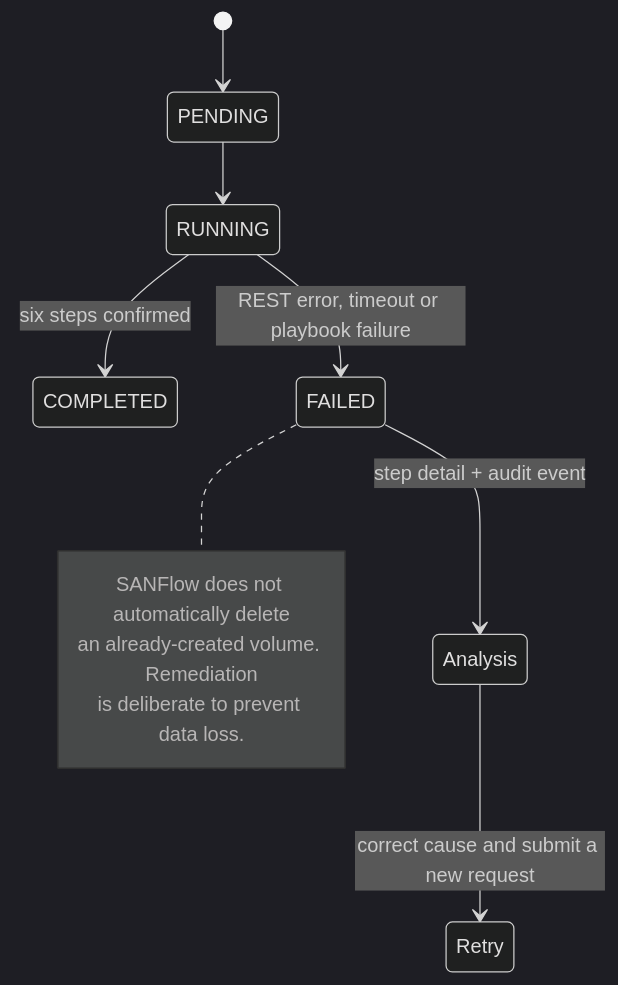
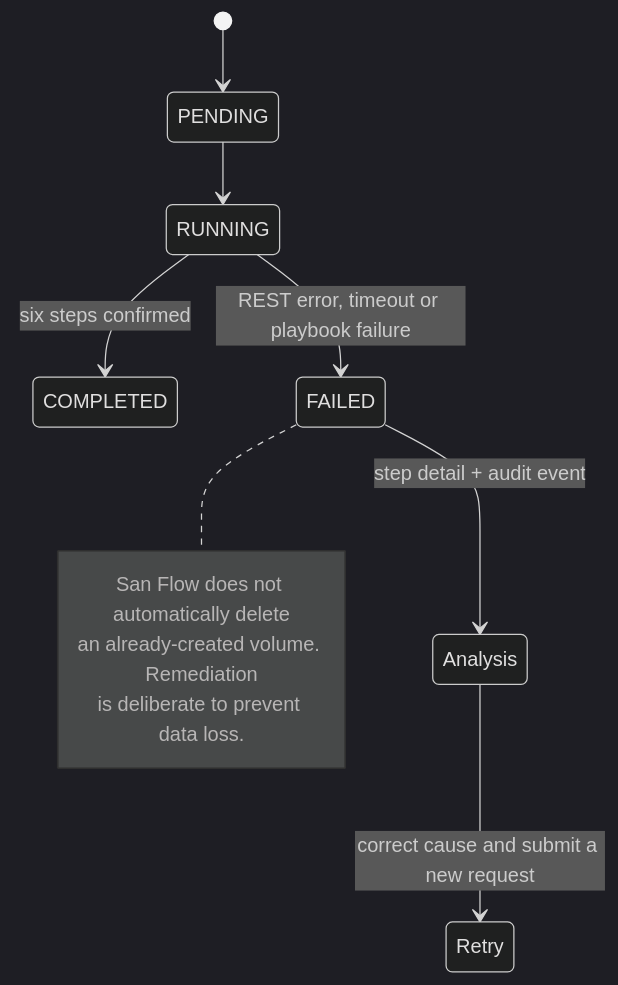
One commit to AlessandroDaudt/Dell-PPDM-PowerStore changed the fourth of 5 diagrams in README.md. Above: the diagram before and after it, drawn with Mermaid (dark theme). The commit also changed other lines of this file and 17 other files, not shown here.

Commit message:
feat: rename app to San Flow and translate to English

````diff
--- a/README.md
+++ b/README.md
@@ -79,14 +79,14 @@
 ```mermaid
 stateDiagram-v2
     [*] --> PENDING
     PENDING --> RUNNING
     RUNNING --> COMPLETED: six steps confirmed
     RUNNING --> FAILED: REST error, timeout or playbook failure
     FAILED --> Analysis: step detail + audit event
     Analysis --> Retry: correct cause and submit a new request
     note right of FAILED
-      SANFlow does not automatically delete
+      San Flow does not automatically delete
       an already-created volume. Remediation
       is deliberate to prevent data loss.
     end note
 ```
````
